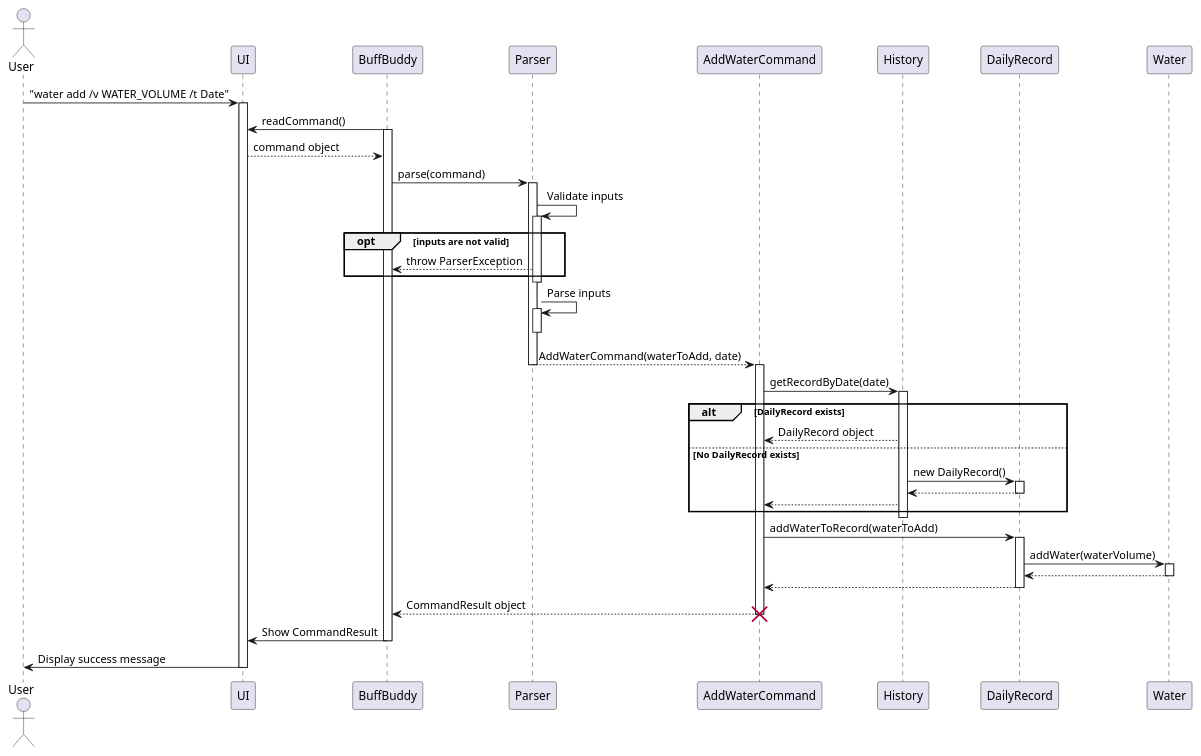
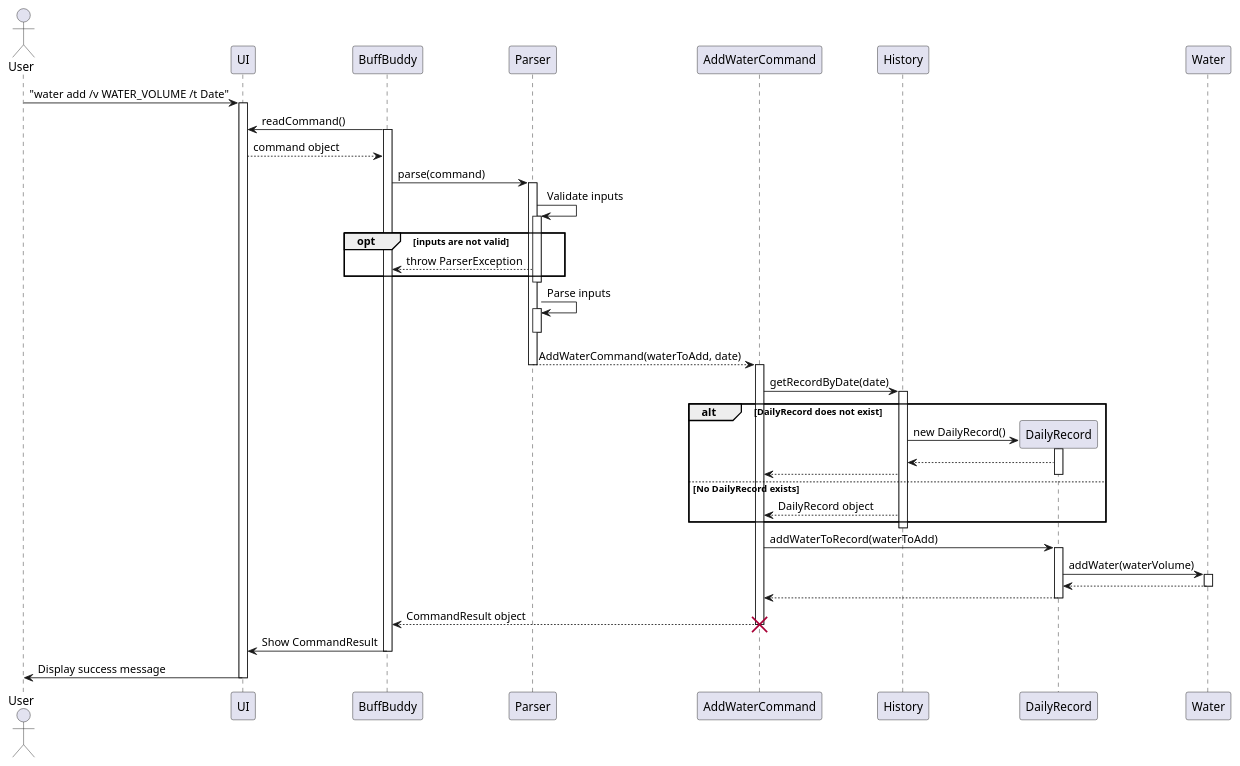
Before and after one commit to nus-cs2113-AY2425S1/tp: the diagram in docs/diagrams/addWaterSequenceDiagram.puml, drawn with PlantUML.

Commit message:
Add constructor for Add WAter

```diff
--- a/docs/diagrams/addWaterSequenceDiagram.puml
+++ b/docs/diagrams/addWaterSequenceDiagram.puml
@@ -1,69 +1,70 @@
 @startuml
 actor User
 participant "UI" as UI
 participant "BuffBuddy" as BB
 participant "Parser" as Parser
 participant "AddWaterCommand" as AddCmd
 participant "History" as History
 participant "DailyRecord" as DailyRec
 
 User -> UI: "water add /v WATER_VOLUME /t Date"
 activate UI
 BB -> UI: readCommand()
 activate BB
 UI --> BB: command object
 BB -> Parser: parse(command)
 activate Parser
 
 Parser -> Parser : Validate inputs
 activate Parser
 opt inputs are not valid
     Parser --> BB : throw ParserException
     end
 deactivate Parser
 
 Parser -> Parser : Parse inputs
 activate Parser
 deactivate Parser
 Parser --> AddCmd: AddWaterCommand(waterToAdd, date)
 deactivate Parser
 
 activate AddCmd
 
 AddCmd -> History: getRecordByDate(date)
 activate History
 
-alt DailyRecord exists
-  History --> AddCmd: DailyRecord object
-else No DailyRecord exists
+alt DailyRecord does not exist
+  create DailyRec
   History -> DailyRec: new DailyRecord()
   activate DailyRec
   DailyRec --> History
+  History --> AddCmd
   deactivate DailyRec
-  History --> AddCmd
+else No DailyRecord exists
+  History --> AddCmd: DailyRecord object
 end
 deactivate History
 
 AddCmd -> DailyRec: addWaterToRecord(waterToAdd)
 activate DailyRec
 
 DailyRec -> Water : addWater(waterVolume)
 activate Water
 
 Water --> DailyRec
 deactivate Water
 
 
 DailyRec --> AddCmd
 deactivate DailyRec
 
 AddCmd --> BB: CommandResult object
 deactivate AddCmd
 destroy AddCmd
 
 BB -> UI: Show CommandResult
 deactivate BB
 
 UI -> User: Display success message
 deactivate UI
 @enduml
```
